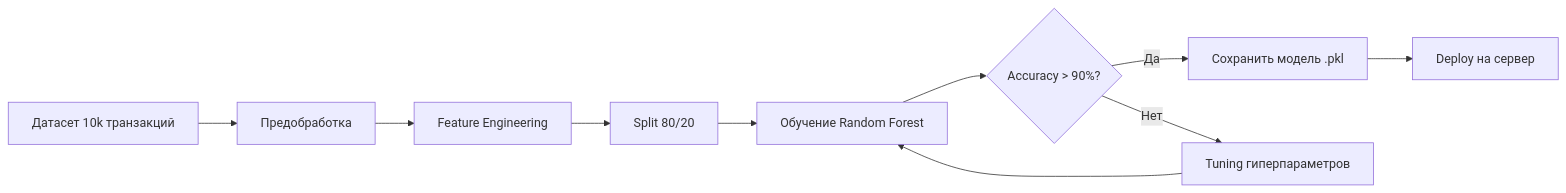
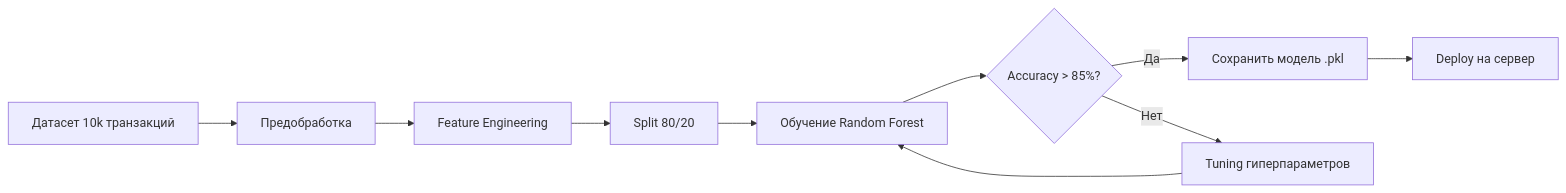
One commit to LiebeBleck/FinWise_v2 changed the eighth of 14 diagrams in README.md. Above: the diagram before and after it, drawn with Mermaid. The commit also changed other lines of this file, not shown here.

````diff
--- a/README.md
+++ b/README.md
@@ -472,12 +493,12 @@
 ```mermaid
 flowchart LR
     A[Датасет 10k транзакций] --> B[Предобработка]
     B --> C[Feature Engineering]
     C --> D[Split 80/20]
     D --> E[Обучение Random Forest]
-    E --> F{Accuracy > 90%?}
+    E --> F{Accuracy > 85%?}
     F -->|Да| G[Сохранить модель .pkl]
     F -->|Нет| H[Tuning гиперпараметров]
     H --> E
     G --> I[Deploy на сервер]
 ```
````
